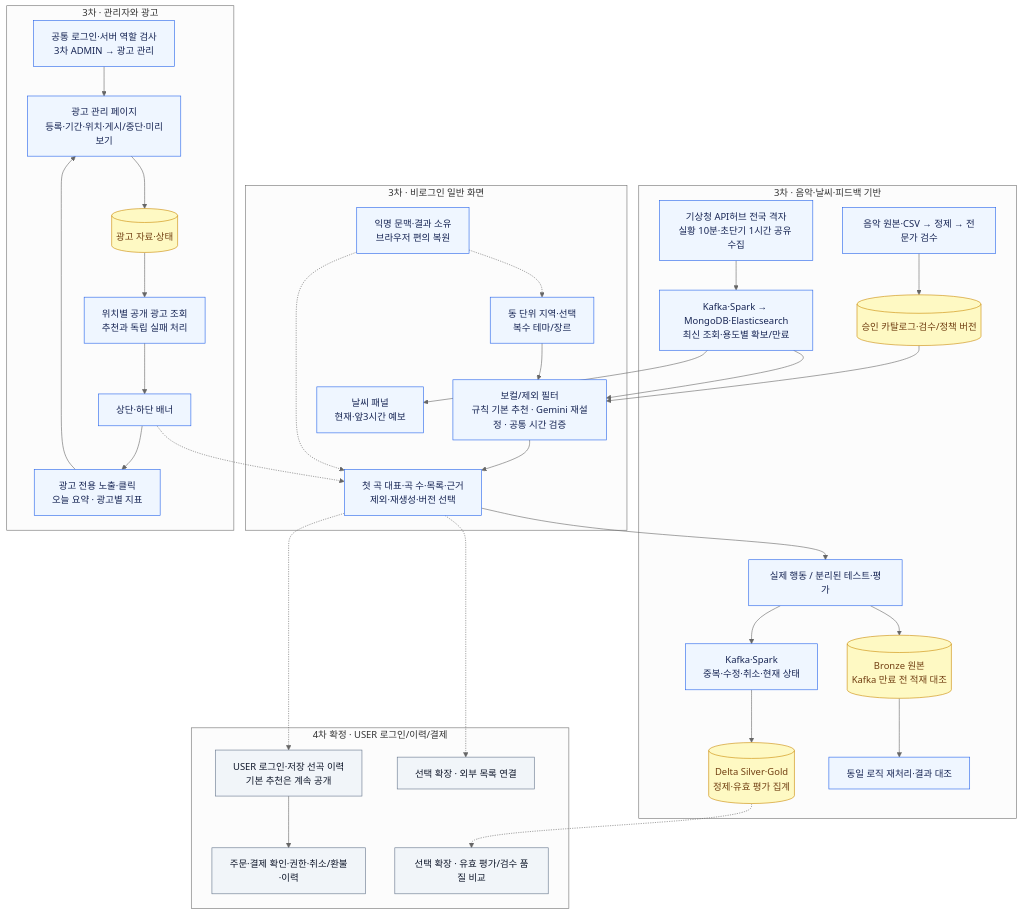
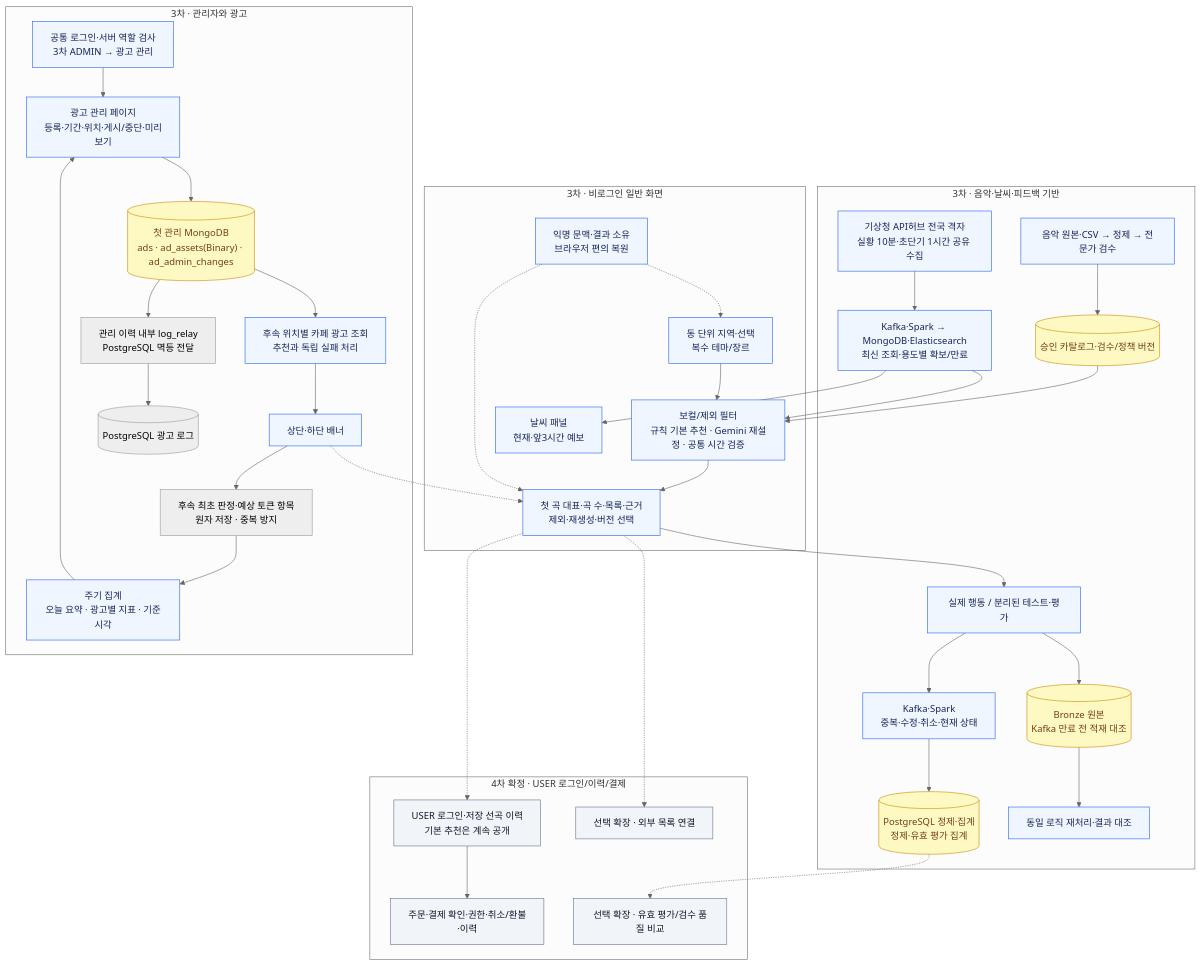
The fourth of 4 diagrams in docs/product/카페_음악_추천_서비스_3차_구현_태스크.md (encore-ai-campus/mlo-01-p3-team1), drawn with Mermaid (neutral theme) before and after one commit. The commit also changed other lines of this file and 36 other files, not shown here.

````diff
--- a/docs/product/카페_음악_추천_서비스_3차_구현_태스크.md
+++ b/docs/product/카페_음악_추천_서비스_3차_구현_태스크.md
@@ -168,48 +183,51 @@
 ```mermaid
 flowchart TB
     subgraph DATA["3차 · 음악·날씨·피드백 기반"]
         MUSIC["음악 원본·CSV → 정제 → 전문가 검수"] --> CATALOG[("승인 카탈로그·검수/정책 버전")]
         KMA["기상청 API허브 전국 격자<br/>실황 10분·초단기 1시간 공유 수집"] --> WEATHER["Kafka·Spark → MongoDB·Elasticsearch<br/>최신 조회·용도별 확보/만료"]
         FEEDBACK["실제 행동 / 분리된 테스트·평가"] --> STREAM["Kafka·Spark<br/>중복·수정·취소·현재 상태"]
         FEEDBACK --> BRONZE[("Bronze 원본<br/>Kafka 만료 전 적재 대조")]
-        STREAM --> LAKE[("Delta Silver·Gold<br/>정제·유효 평가 집계")]
+        STREAM --> LAKE[("PostgreSQL 정제·집계<br/>정제·유효 평가 집계")]
         BRONZE --> REPLAY["동일 로직 재처리·결과 대조"]
     end
     subgraph PUBLIC["3차 · 비로그인 일반 화면"]
         REGION["동 단위 지역·선택<br/>복수 테마/장르"] --> REC["보컬/제외 필터<br/>규칙 기본 추천 · Gemini 재설정 · 공통 시간 검증"]
         REC --> RESULT["첫 곡 대표·곡 수·목록·근거<br/>제외·재생성·버전 선택"]
         WEATHER_PANEL["날씨 패널<br/>현재·앞3시간 예보"]
         GUEST["익명 문맥·결과 소유<br/>브라우저 편의 복원"]
         GUEST -.-> REGION
         GUEST -.-> RESULT
     end
     CATALOG --> REC
     WEATHER --> REC
     WEATHER --> WEATHER_PANEL
     RESULT --> FEEDBACK
     subgraph ADS["3차 · 관리자와 광고"]
         LOGIN["공통 로그인·서버 역할 검사<br/>3차 ADMIN → 광고 관리"] --> ADMIN["광고 관리 페이지<br/>등록·기간·위치·게시/중단·미리보기"]
-        ADMIN --> STORE[("광고 자료·상태")]
-        STORE --> ADAPI["위치별 공개 광고 조회<br/>추천과 독립 실패 처리"]
+        ADMIN --> STORE[("첫 관리 MongoDB<br/>ads · ad_assets(Binary) · ad_admin_changes")]
+        STORE --> ADAPI["후속 위치별 카페 광고 조회<br/>추천과 독립 실패 처리"]
         ADAPI --> BANNER["상단·하단 배너"]
-        BANNER --> METRIC["광고 전용 노출·클릭<br/>오늘 요약 · 광고별 지표"]
+        BANNER --> ADFIRST["후속 최초 판정·예상 토큰 항목<br/>원자 저장 · 중복 방지"]
+        ADFIRST --> METRIC["주기 집계<br/>오늘 요약 · 광고별 지표 · 기준시각"]
         METRIC --> ADMIN
+        STORE --> ADOUTBOX["관리 이력 내부 log_relay<br/>PostgreSQL 멱등 전달"]
+        ADOUTBOX --> ADLOG[("PostgreSQL 광고 로그")]
     end
     BANNER -.-> RESULT
     subgraph FUTURE["4차 확정 · USER 로그인/이력/결제"]
         ACCOUNT["USER 로그인·저장 선곡 이력<br/>기본 추천은 계속 공개"]
         PAYMENT["주문·결제 확인·권한·취소/환불·이력"]
         EXTERNAL["선택 확장 · 외부 목록 연결"]
         QUALITY["선택 확장 · 유효 평가/검수 품질 비교"]
         ACCOUNT --> PAYMENT
     end
     RESULT -.-> ACCOUNT
     RESULT -.-> EXTERNAL
     LAKE -.-> QUALITY
     classDef process fill:#eff6ff,stroke:#2563eb,color:#172554;
     classDef data fill:#fef9c3,stroke:#ca8a04,color:#713f12;
     classDef future fill:#f1f5f9,stroke:#64748b,color:#0f172a;
     class MUSIC,KMA,WEATHER,FEEDBACK,STREAM,REPLAY,REGION,REC,RESULT,WEATHER_PANEL,GUEST,LOGIN,ADMIN,ADAPI,BANNER,METRIC process;
     class CATALOG,BRONZE,LAKE,STORE data;
     class ACCOUNT,PAYMENT,EXTERNAL,QUALITY future;
 ```
````
